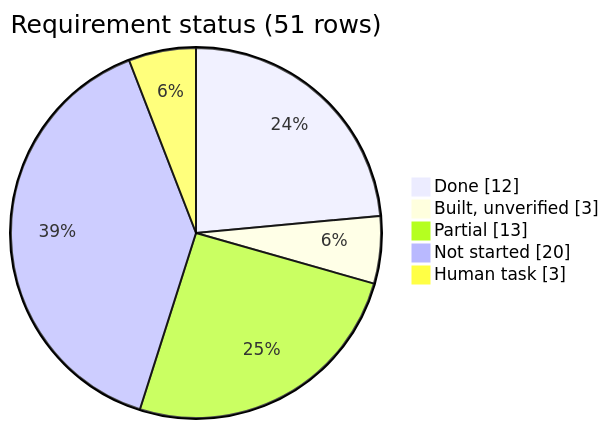
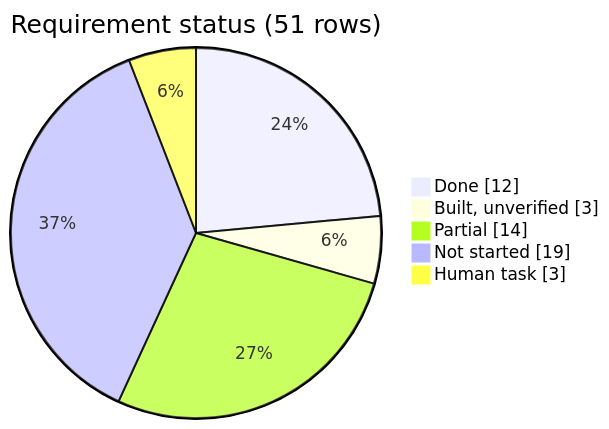
Before and after one commit to Pyxis-Hq/pyxis: the diagram in docs/rfp-acceptance-matrix.md, drawn with Mermaid. The commit also changed other lines of this file and 8 other files, not shown here.

````diff
--- a/docs/rfp-acceptance-matrix.md
+++ b/docs/rfp-acceptance-matrix.md
@@ -36,8 +36,8 @@
 ```mermaid
 pie showData title Requirement status (51 rows)
   "Done" : 12
   "Built, unverified" : 3
-  "Partial" : 13
-  "Not started" : 20
+  "Partial" : 14
+  "Not started" : 19
   "Human task" : 3
 ```
````
